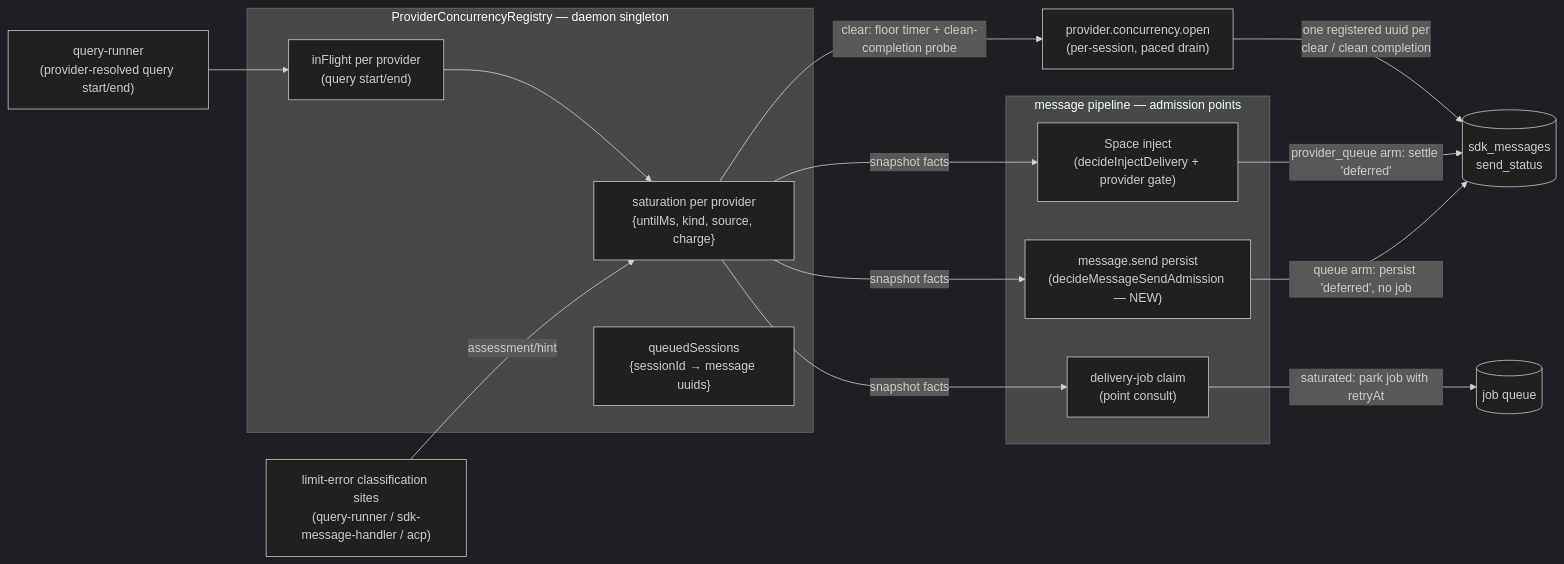
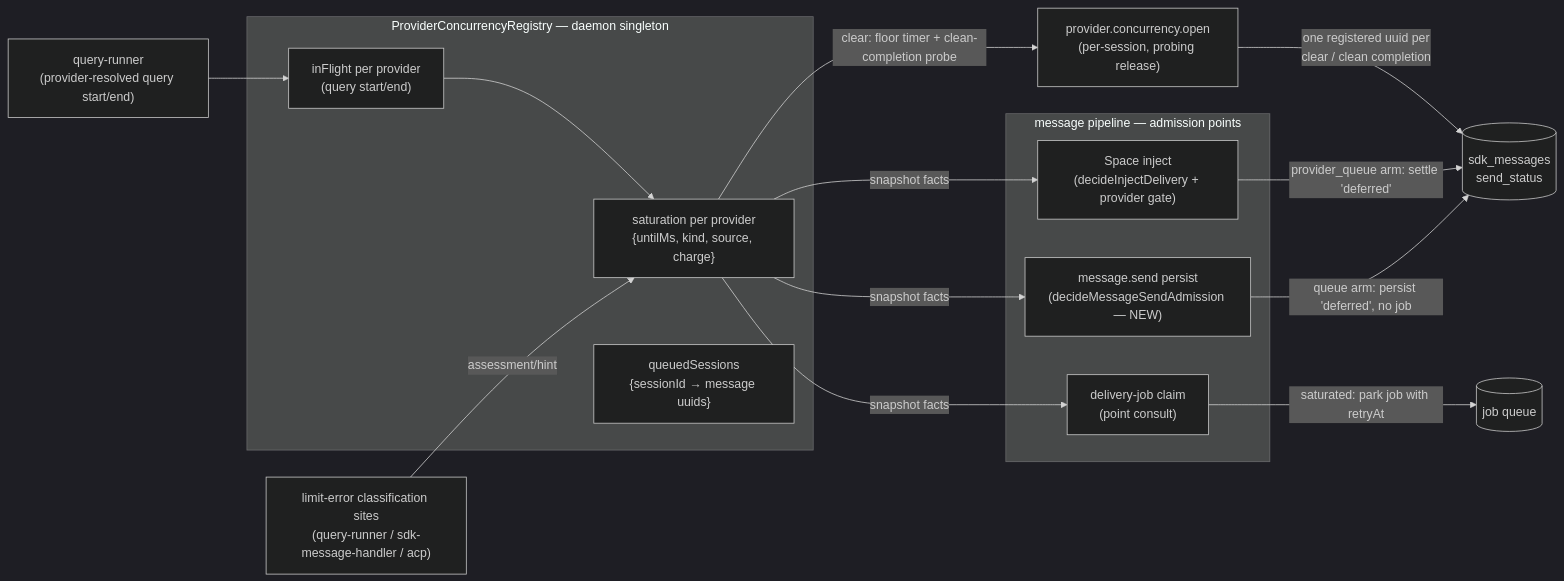
One commit to lsm/HyperNeo changed the diagram in docs/design/provider-concurrency-admission-gate.md. Above: the diagram before and after it, drawn with Mermaid (dark theme). The commit also changed other lines of this file, not shown here.

First line of the commit message:
docs(design): address codex round-2 — queue_reason column, probing release, retry-branch feed, evidence freshness

````diff
--- a/docs/design/provider-concurrency-admission-gate.md
+++ b/docs/design/provider-concurrency-admission-gate.md
@@ -118,25 +121,25 @@
 ```mermaid
 flowchart LR
   subgraph MessagePipeline[message pipeline — admission points]
     MS["message.send persist\n(decideMessageSendAdmission — NEW)"]
     INJ["Space inject\n(decideInjectDelivery + provider gate)"]
     JOB["delivery-job claim\n(point consult)"]
   end
   subgraph Registry[ProviderConcurrencyRegistry — daemon singleton]
     SAT["saturation per provider\n{untilMs, kind, source, charge}"]
     FLR["inFlight per provider\n(query start/end)"]
     Q["queuedSessions\n{sessionId → message uuids}"]
   end
   CLR["limit-error classification sites\n(query-runner / sdk-message-handler / acp)"]
   QRY["query-runner\n(provider-resolved query start/end)"]
 
   MS -->|"queue arm: persist 'deferred', no job"| ROW[("sdk_messages\nsend_status")]
   INJ -->|"provider_queue arm: settle 'deferred'"| ROW
   JOB -->|"saturated: park job with retryAt"| JQ[("job queue")]
   CLR -->|"assessment/hint"| SAT
   QRY --> FLR
   SAT -->|"snapshot facts"| MS & INJ & JOB
   FLR --> SAT
-  SAT -->|"clear: floor timer + clean-completion probe"| WAKE["provider.concurrency.open\n(per-session, paced drain)"]
+  SAT -->|"clear: floor timer + clean-completion probe"| WAKE["provider.concurrency.open\n(per-session, probing release)"]
   WAKE -->|"one registered uuid per\nclear / clean completion"| ROW
 ```
````
